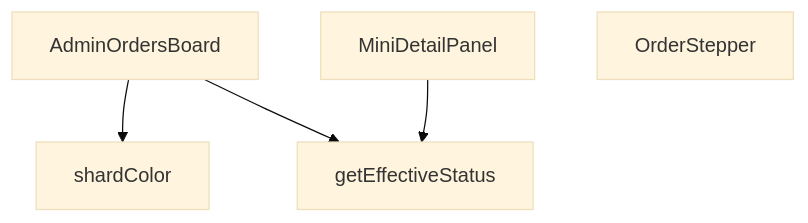
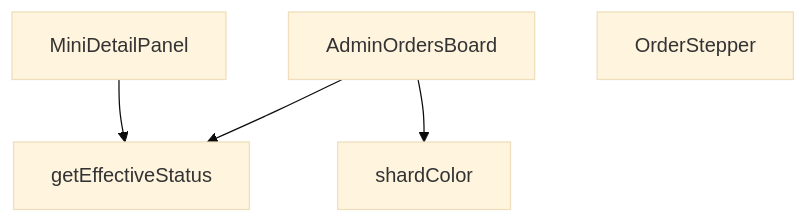
One commit to peckop/venthub-hvac-esite changed the diagram in src/views/admin/AdminOrdersBoard.md. Above: the diagram before and after it, drawn with Mermaid (base theme). The commit also changed other lines of this file and 13 other files, not shown here.

````diff
--- a/src/views/admin/AdminOrdersBoard.md
+++ b/src/views/admin/AdminOrdersBoard.md
@@ -217,11 +217,11 @@
 ```mermaid
 graph TD
     AdminOrdersBoard_tsx__AdminOrdersBoard["AdminOrdersBoard"]
     AdminOrdersBoard_tsx__MiniDetailPanel["MiniDetailPanel"]
     AdminOrdersBoard_tsx__OrderStepper["OrderStepper"]
     AdminOrdersBoard_tsx__getEffectiveStatus["getEffectiveStatus"]
     AdminOrdersBoard_tsx__shardColor["shardColor"]
-    AdminOrdersBoard_tsx__AdminOrdersBoard --> AdminOrdersBoard_tsx__shardColor
     AdminOrdersBoard_tsx__AdminOrdersBoard --> AdminOrdersBoard_tsx__getEffectiveStatus
     AdminOrdersBoard_tsx__MiniDetailPanel --> AdminOrdersBoard_tsx__getEffectiveStatus
+    AdminOrdersBoard_tsx__AdminOrdersBoard --> AdminOrdersBoard_tsx__shardColor
 ```
````
